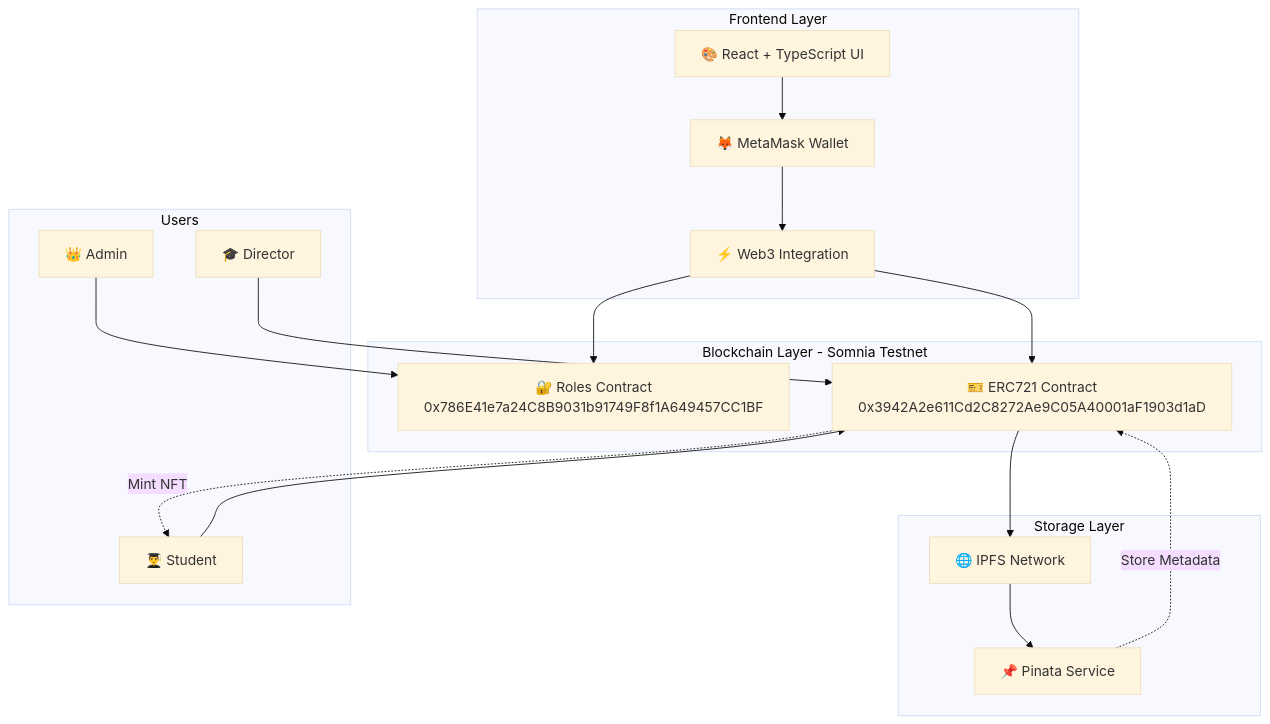
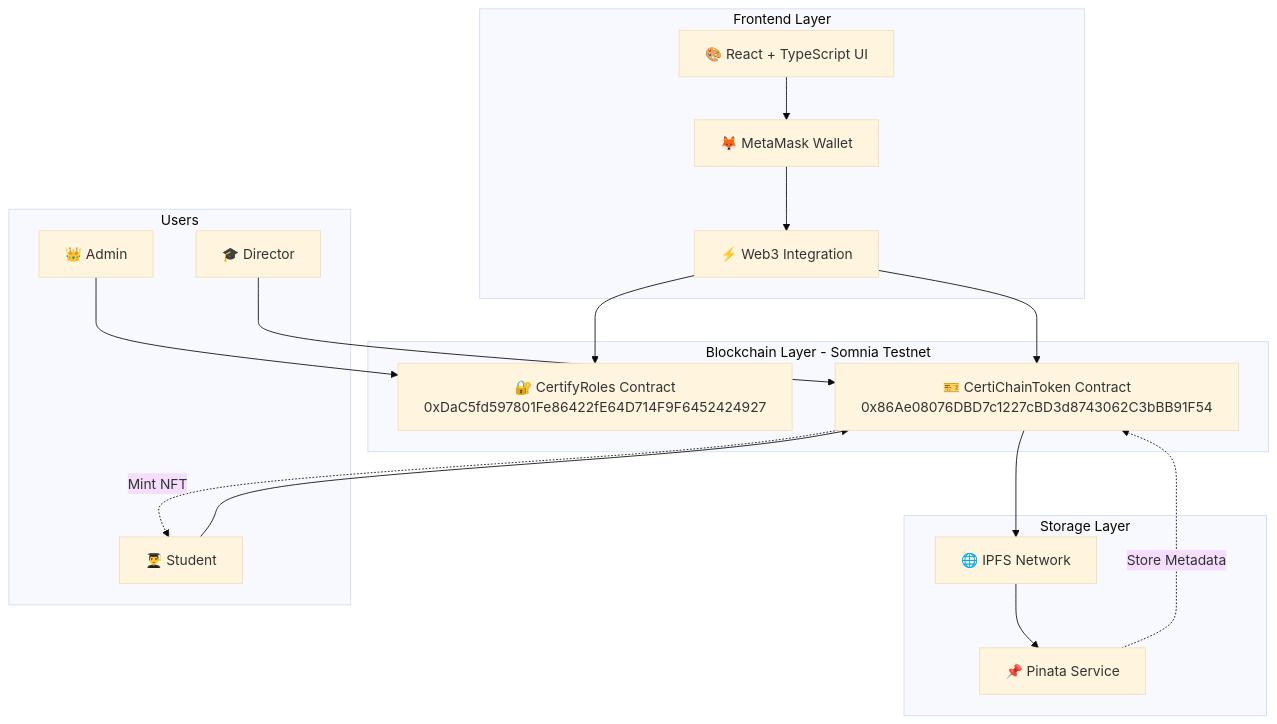
One commit to certify-CHAIN/.github changed the first of 3 diagrams in profile/README.md. Above: the diagram before and after it, drawn with Mermaid (base theme). The commit also changed other lines of this file, not shown here.

Commit message:
certify-chain-doc

````diff
--- a/profile/README.md
+++ b/profile/README.md
@@ -108,39 +153,39 @@
 ```mermaid
 graph TB
     subgraph "Frontend Layer"
         UI[🎨 React + TypeScript UI]
         WALLET[🦊 MetaMask Wallet]
         WEB3[⚡ Web3 Integration]
     end
     
     subgraph "Blockchain Layer - Somnia Testnet"
-        ROLES[🔐 Roles Contract<br/>0x786E41e7a24C8B9031b91749F8f1A649457CC1BF]
-        ERC721[🎫 ERC721 Contract<br/>0x3942A2e611Cd2C8272Ae9C05A40001aF1903d1aD]
+        ROLES[🔐 CertifyRoles Contract<br/>0xDaC5fd597801Fe86422fE64D714F9F6452424927]
+        ERC721[🎫 CertiChainToken Contract<br/>0x86Ae08076DBD7c1227cBD3d8743062C3bBB91F54]
     end
     
     subgraph "Storage Layer"
         IPFS[🌐 IPFS Network]
         PINATA[📌 Pinata Service]
     end
     
     subgraph "Users"
         ADMIN[👑 Admin]
         DIRECTOR[🎓 Director]
         STUDENT[👨‍🎓 Student]
     end
     
     UI --> WALLET
     WALLET --> WEB3
     WEB3 --> ROLES
     WEB3 --> ERC721
     
     ADMIN --> ROLES
     DIRECTOR --> ERC721
     STUDENT --> ERC721
     
     ERC721 --> IPFS
     IPFS --> PINATA
     
     PINATA -.->|Store Metadata| ERC721
     ERC721 -.->|Mint NFT| STUDENT
 ```
````
